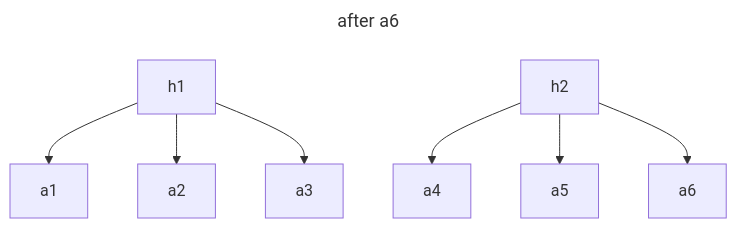
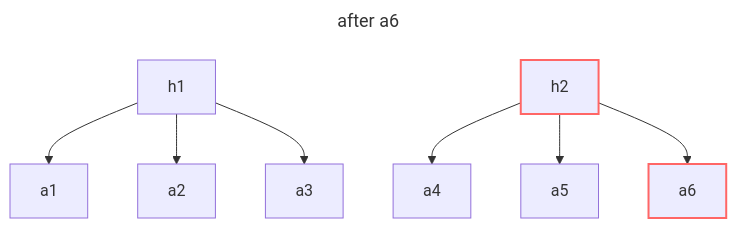
One commit to Robert-MacWha/efficient-inclusion-proofs changed the fifth of 6 diagrams in README.md. Above: the diagram before and after it, drawn with Mermaid. The commit also changed other lines of this file, not shown here.

````diff
--- a/README.md
+++ b/README.md
@@ -76,12 +85,14 @@
 ```mermaid
 ---
 title: after a6
 ---
 flowchart TD
     h1 --> a1
     h1 --> a2
     h1 --> a3
     h2 --> a4
     h2 --> a5
     h2 --> a6
+    classDef changed stroke:#f66,stroke-width:2px
+    class a6,h2 changed
 ```
````
